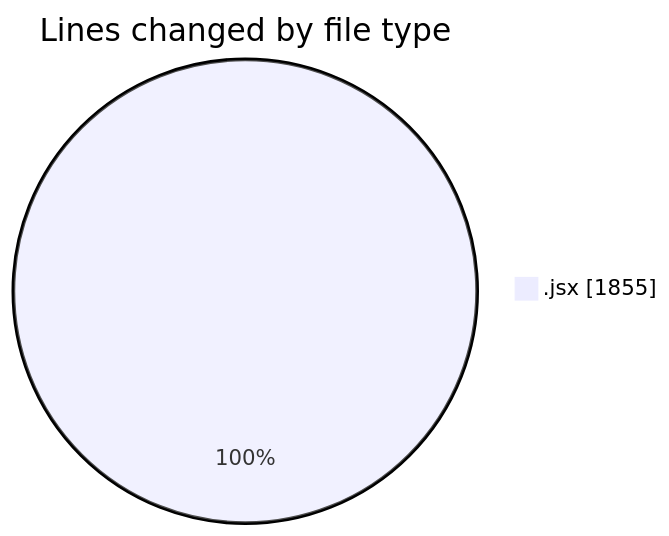
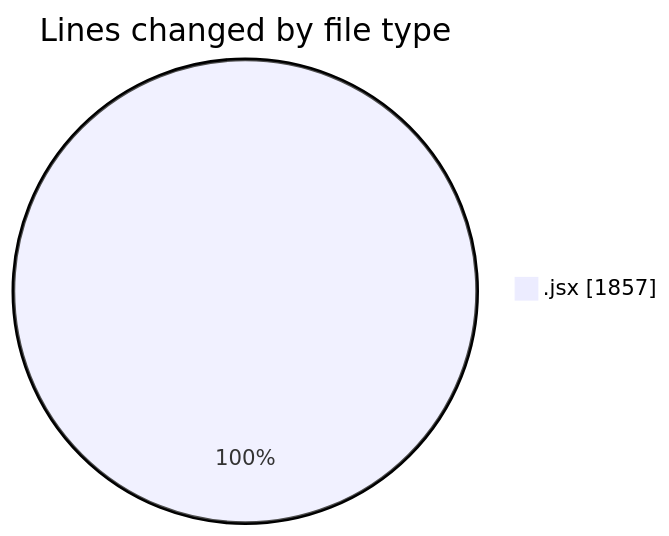
The first of 2 diagrams in 2025-05-26/nxtqube_webapp/README.md (nxtqubesakshisongat/code-tracking), drawn with Mermaid before and after one commit. The commit also changed other lines of this file and 1 other file, not shown here.

````diff
--- a/2025-05-26/nxtqube_webapp/README.md
+++ b/2025-05-26/nxtqube_webapp/README.md
@@ -20,5 +20,5 @@
 ```mermaid
 pie showData
 title Lines changed by file type
-".jsx" : 1855
+".jsx" : 1857
 ```
````
